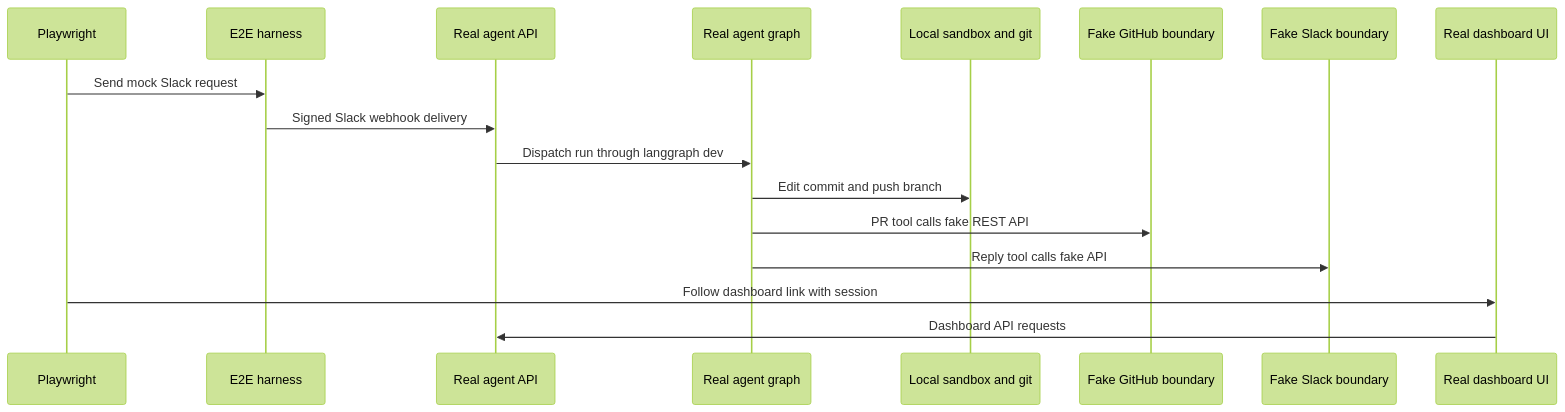
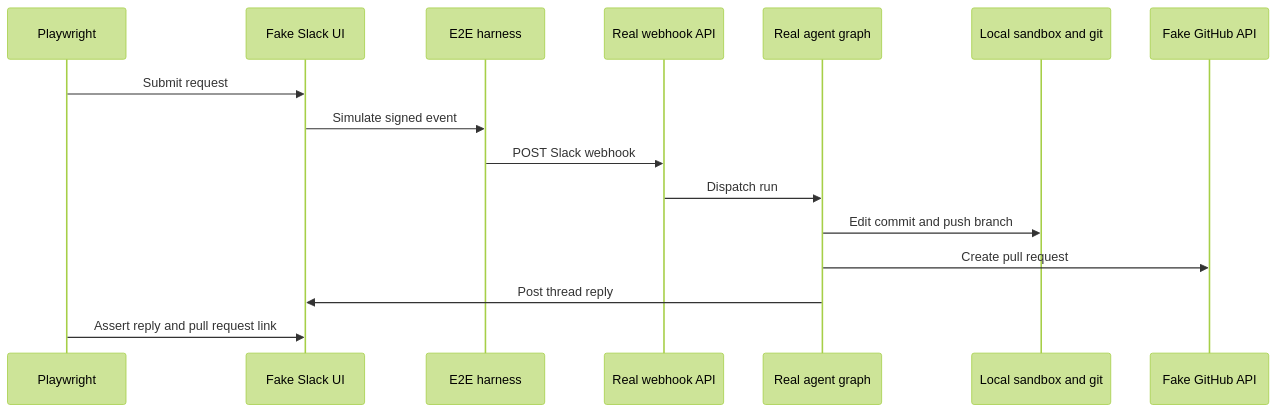
Before and after one commit to langchain-ai/open-swe: the second of 2 diagrams in openwiki/testing/overview.md, drawn with Mermaid (forest theme). The commit also changed other lines of this file and 52 other files, not shown here.

````diff
--- a/openwiki/testing/overview.md
+++ b/openwiki/testing/overview.md
@@ -162,19 +131,18 @@
 ```mermaid
 sequenceDiagram
     participant PW as Playwright
+    participant Slack as Fake Slack UI
     participant Harness as E2E harness
-    participant API as Real agent API
+    participant API as Real webhook API
     participant Agent as Real agent graph
-    participant Local as Local sandbox and git
-    participant GitHub as Fake GitHub boundary
-    participant Slack as Fake Slack boundary
-    participant Dash as Real dashboard UI
-    PW->>Harness: Send mock Slack request
-    Harness->>API: Signed Slack webhook delivery
-    API->>Agent: Dispatch run through langgraph dev
-    Agent->>Local: Edit commit and push branch
-    Agent->>GitHub: PR tool calls fake REST API
-    Agent->>Slack: Reply tool calls fake API
-    PW->>Dash: Follow dashboard link with session
-    Dash->>API: Dashboard API requests
+    participant Git as Local sandbox and git
+    participant Hub as Fake GitHub API
+    PW->>Slack: Submit request
+    Slack->>Harness: Simulate signed event
+    Harness->>API: POST Slack webhook
+    API->>Agent: Dispatch run
+    Agent->>Git: Edit commit and push branch
+    Agent->>Hub: Create pull request
+    Agent->>Slack: Post thread reply
+    PW->>Slack: Assert reply and pull request link
 ```
````
